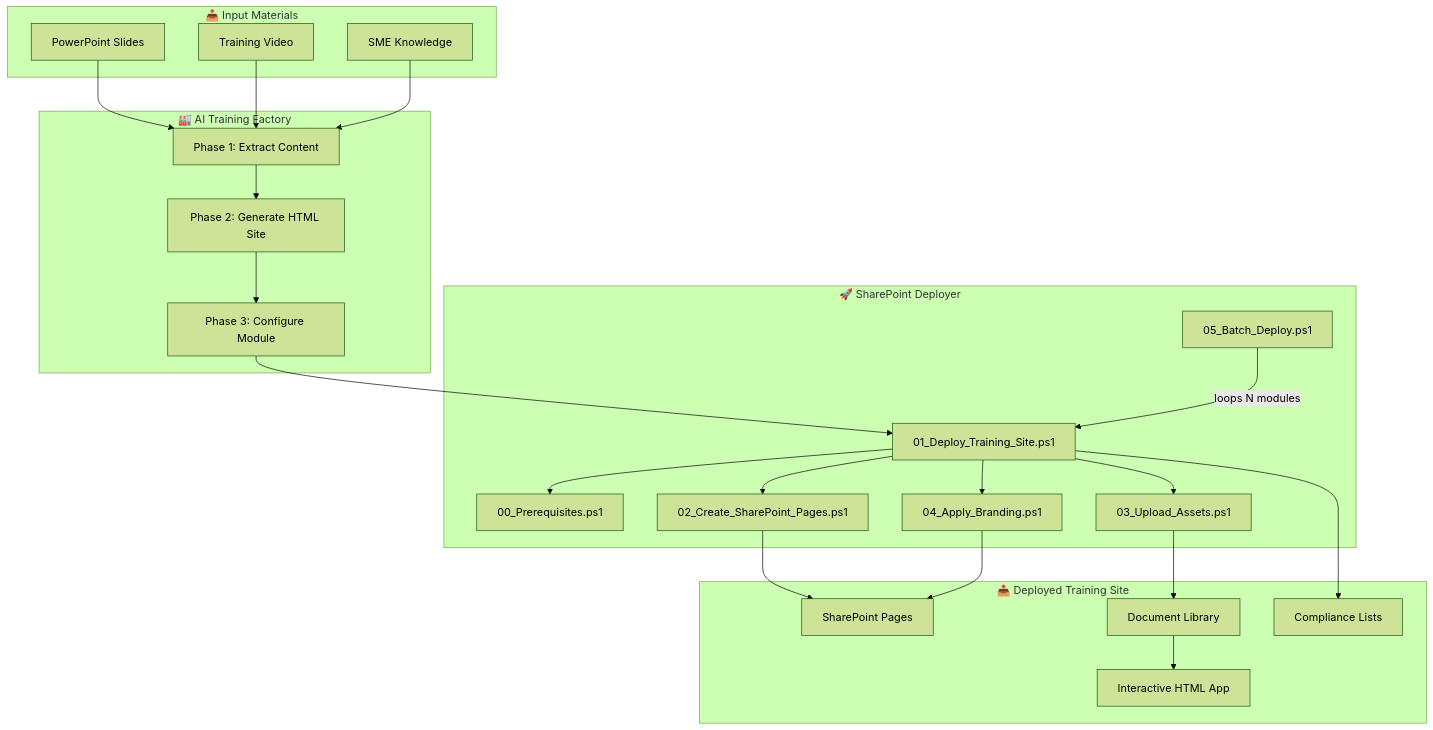
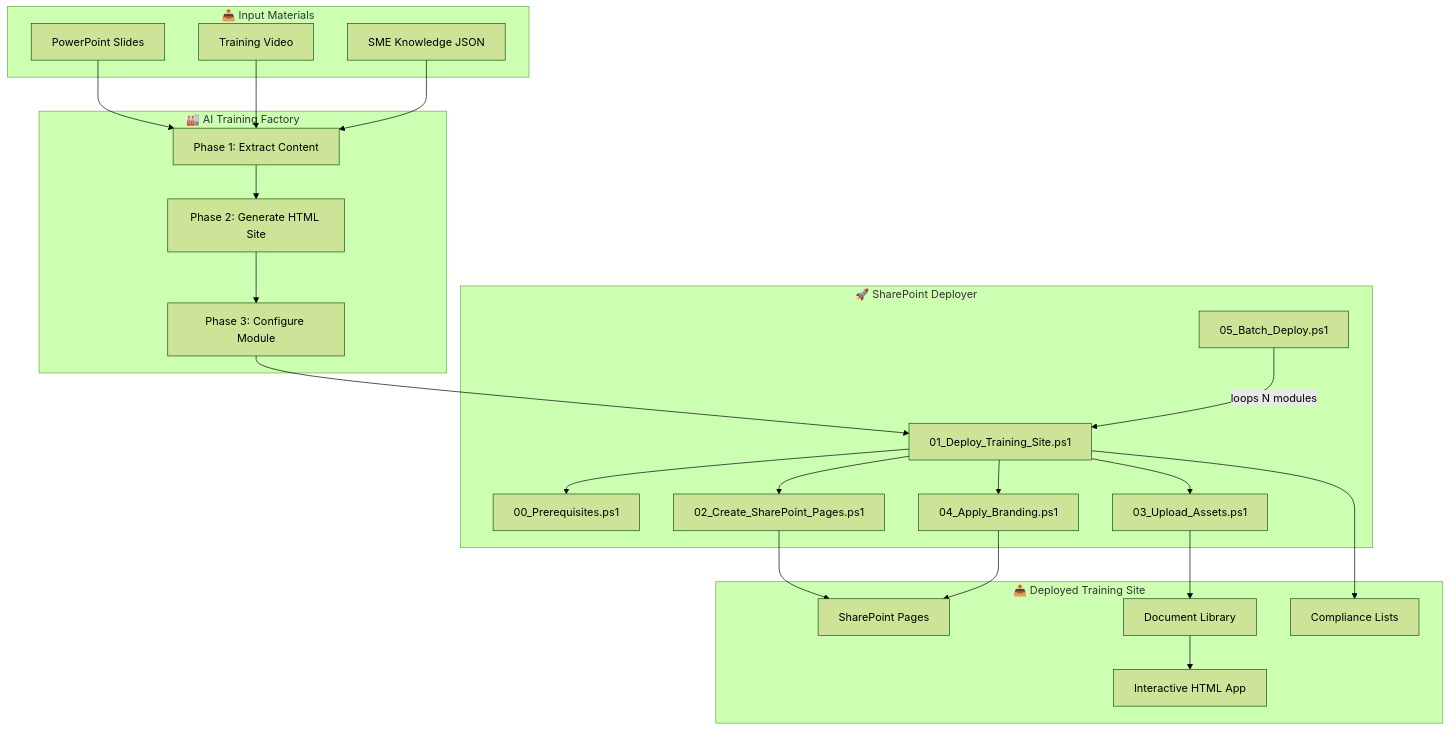
One commit to BlackFoxgamingstudio/sharepoint-training-deployer changed the diagram in README.md. Above: the diagram before and after it, drawn with Mermaid (forest theme). The commit also changed other lines of this file, not shown here.

````diff
--- a/README.md
+++ b/README.md
@@ -38,47 +25,47 @@
 ```mermaid
 flowchart TB
     subgraph INPUT["📥 Input Materials"]
         PPT["PowerPoint Slides"]
         VID["Training Video"]
-        SME["SME Knowledge"]
+        SME["SME Knowledge JSON"]
     end
 
     subgraph FACTORY["🏭 AI Training Factory"]
         EXT["Phase 1: Extract Content"]
         GEN["Phase 2: Generate HTML Site"]
         CFG["Phase 3: Configure Module"]
     end
 
     subgraph DEPLOY["🚀 SharePoint Deployer"]
         PRE["00_Prerequisites.ps1"]
         UPL["03_Upload_Assets.ps1"]
         PAG["02_Create_SharePoint_Pages.ps1"]
         BRD["04_Apply_Branding.ps1"]
         ORC["01_Deploy_Training_Site.ps1"]
         BAT["05_Batch_Deploy.ps1"]
     end
 
     subgraph OUTPUT["📤 Deployed Training Site"]
         SP["SharePoint Pages"]
         APP["Interactive HTML App"]
         LIB["Document Library"]
         LST["Compliance Lists"]
     end
 
     PPT --> EXT
     VID --> EXT
     SME --> EXT
     EXT --> GEN
     GEN --> CFG
     CFG --> ORC
     ORC --> PRE
     ORC --> UPL
     ORC --> PAG
     ORC --> BRD
     UPL --> LIB
     PAG --> SP
     BRD --> SP
     LIB --> APP
     ORC --> LST
     BAT -->|"loops N modules"| ORC
 ```
````
